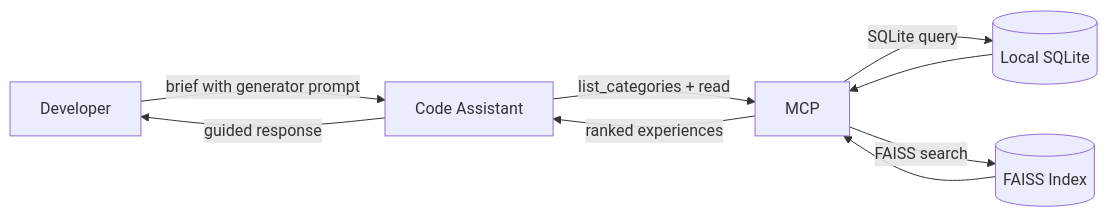
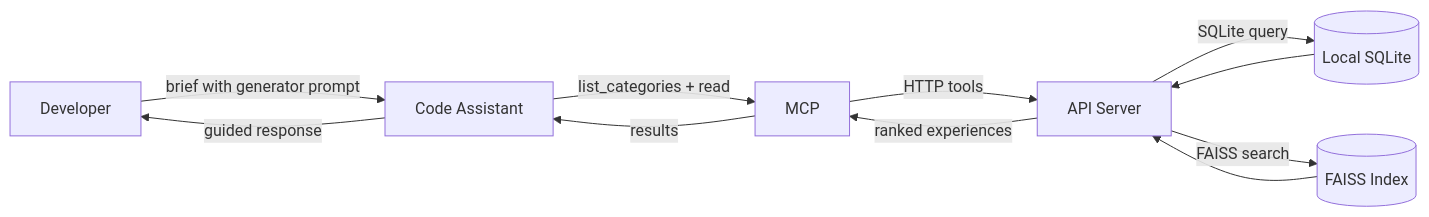
Before and after one commit to tyouritsugun/curated-heuristic-loop: the first of 4 diagrams in doc/concept.md, drawn with Mermaid. The commit also changed other lines of this file and 19 other files, not shown here.

````diff
--- a/doc/concept.md
+++ b/doc/concept.md
@@ -34,11 +34,13 @@
 ```mermaid
 flowchart LR
     Dev[Developer] -->|brief with generator prompt| LLM[Code Assistant]
     LLM -->|list_categories + read| MCP
-    MCP -->|SQLite query| DB[(Local SQLite)]
-    MCP -->|FAISS search| FAISS[(FAISS Index)]
-    FAISS --> MCP
-    DB --> MCP
-    MCP -->|ranked experiences| LLM
+    MCP -->|HTTP tools| API[API Server]
+    API -->|SQLite query| DB[(Local SQLite)]
+    API -->|FAISS search| FAISS[(FAISS Index)]
+    DB --> API
+    FAISS --> API
+    API -->|ranked experiences| MCP
+    MCP -->|results| LLM
     LLM -->|guided response| Dev
 ```
````
